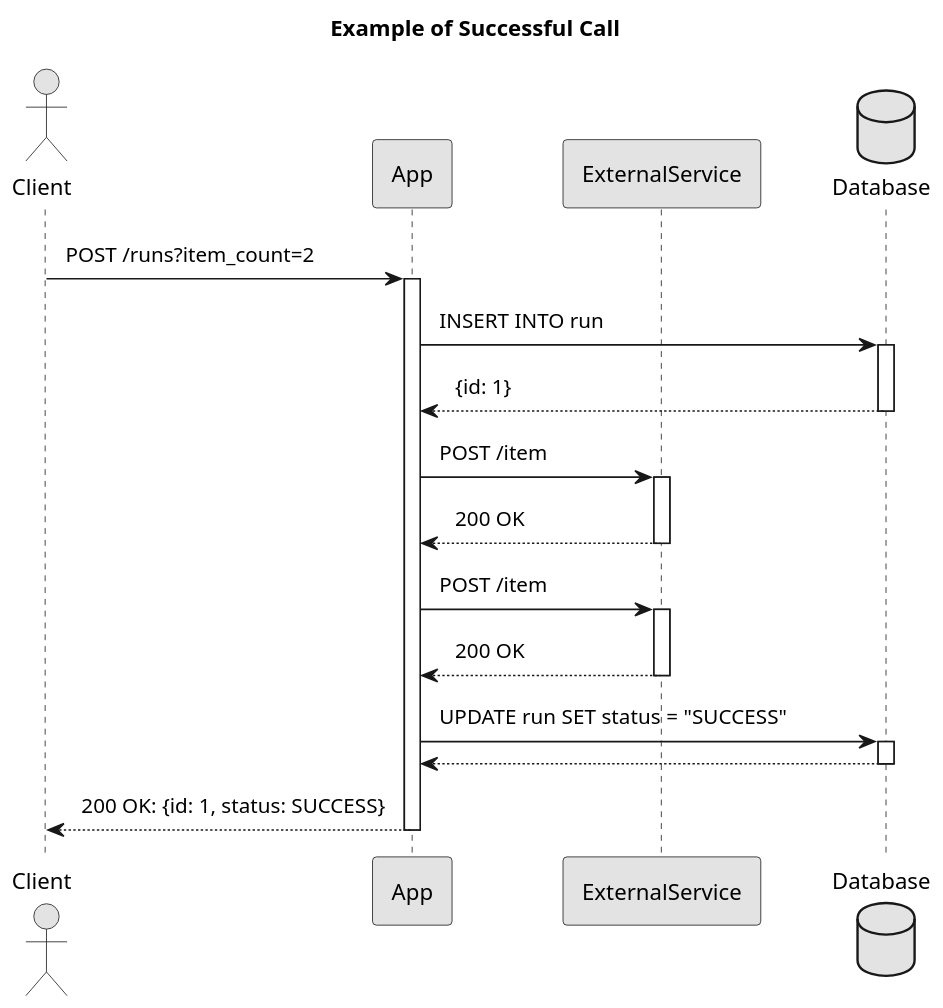
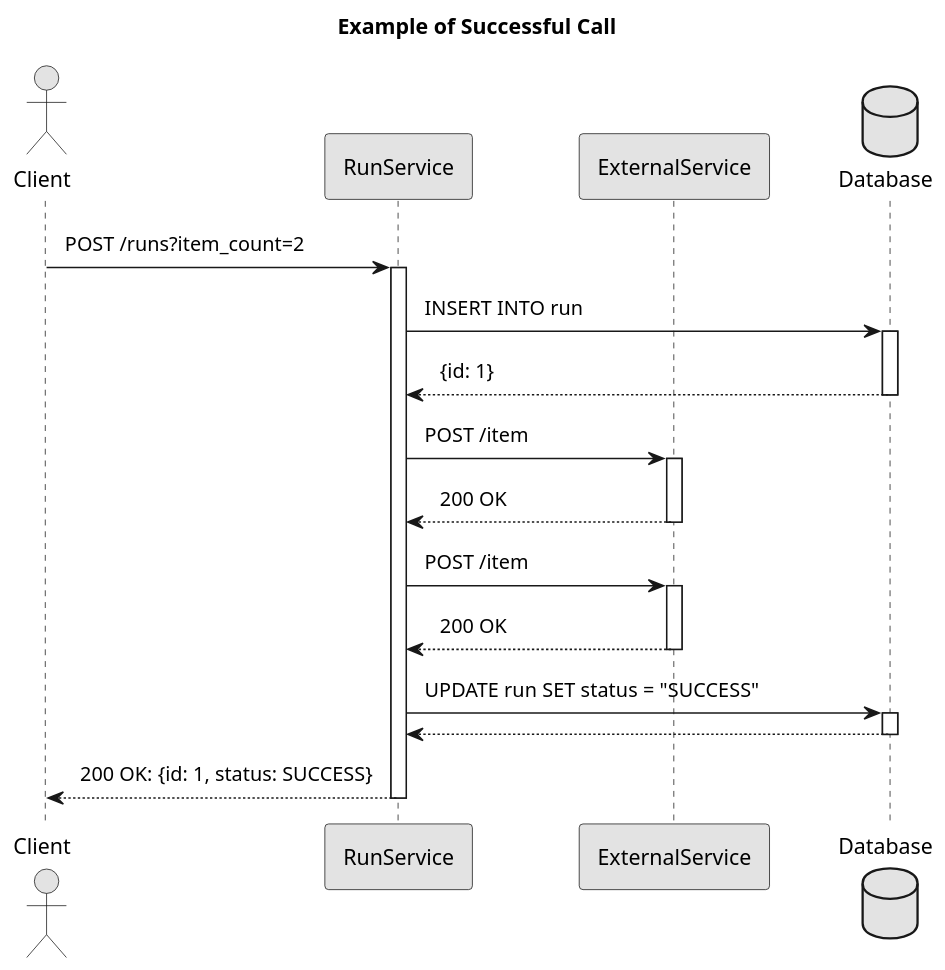
One commit to fboeller/component-testing-example-java changed the diagram in docs/successful_call.puml. Above: the diagram before and after it, drawn with PlantUML. The commit also changed 2 other files, not shown here.

Commit message:
Rename App to RunService

```diff
--- a/docs/successful_call.puml
+++ b/docs/successful_call.puml
@@ -1,29 +1,29 @@
 @startuml
 
 scale 800 width
 skinparam {
   padding 5
   monochrome true
   ParticipantPadding 30
 }
 autoactivate on
 
 title Example of Successful Call
 
 actor Client
-participant App
+participant RunService
 participant ExternalService
 database Database
 
-Client -> App: POST /runs?item_count=2
-App -> Database: INSERT INTO run
+Client -> RunService: POST /runs?item_count=2
+RunService -> Database: INSERT INTO run
 return {id: 1}
-App -> ExternalService: POST /item
+RunService -> ExternalService: POST /item
 return 200 OK
-App -> ExternalService: POST /item
+RunService -> ExternalService: POST /item
 return 200 OK
-App -> Database: UPDATE run SET status = "SUCCESS"
+RunService -> Database: UPDATE run SET status = "SUCCESS"
 return
 return 200 OK: {id: 1, status: SUCCESS}
 
 @enduml
```
